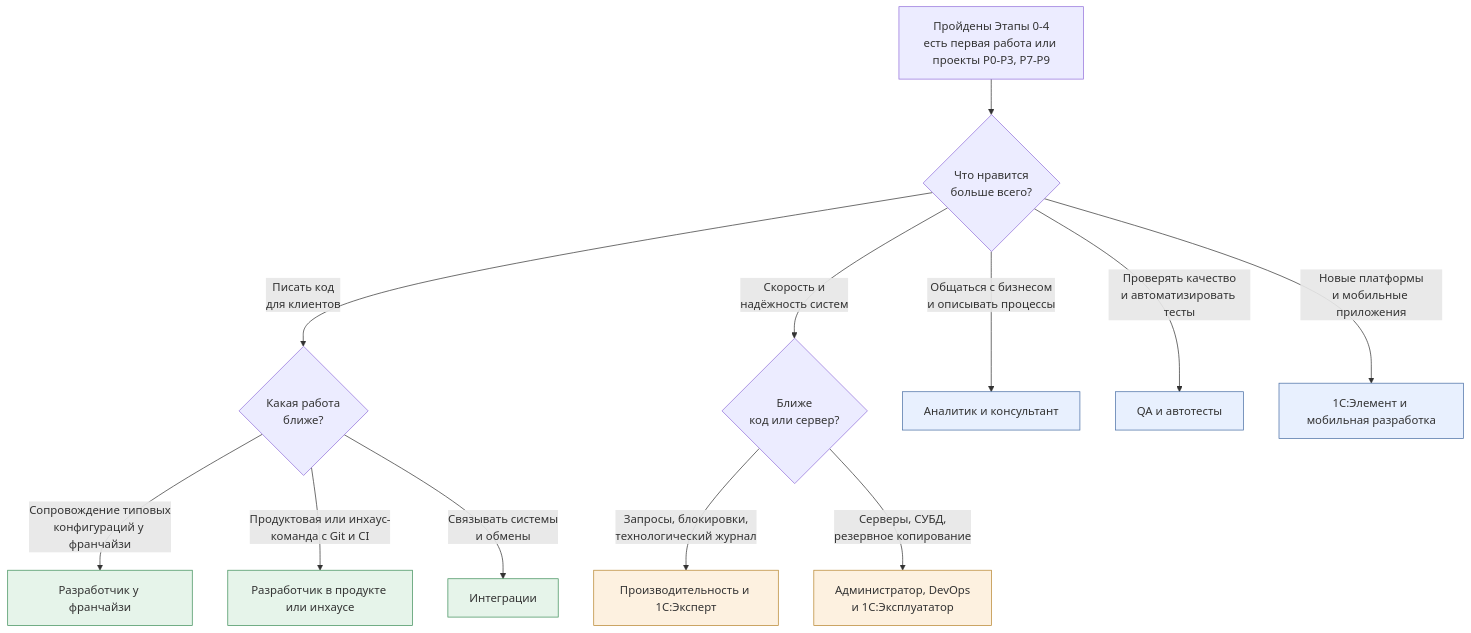
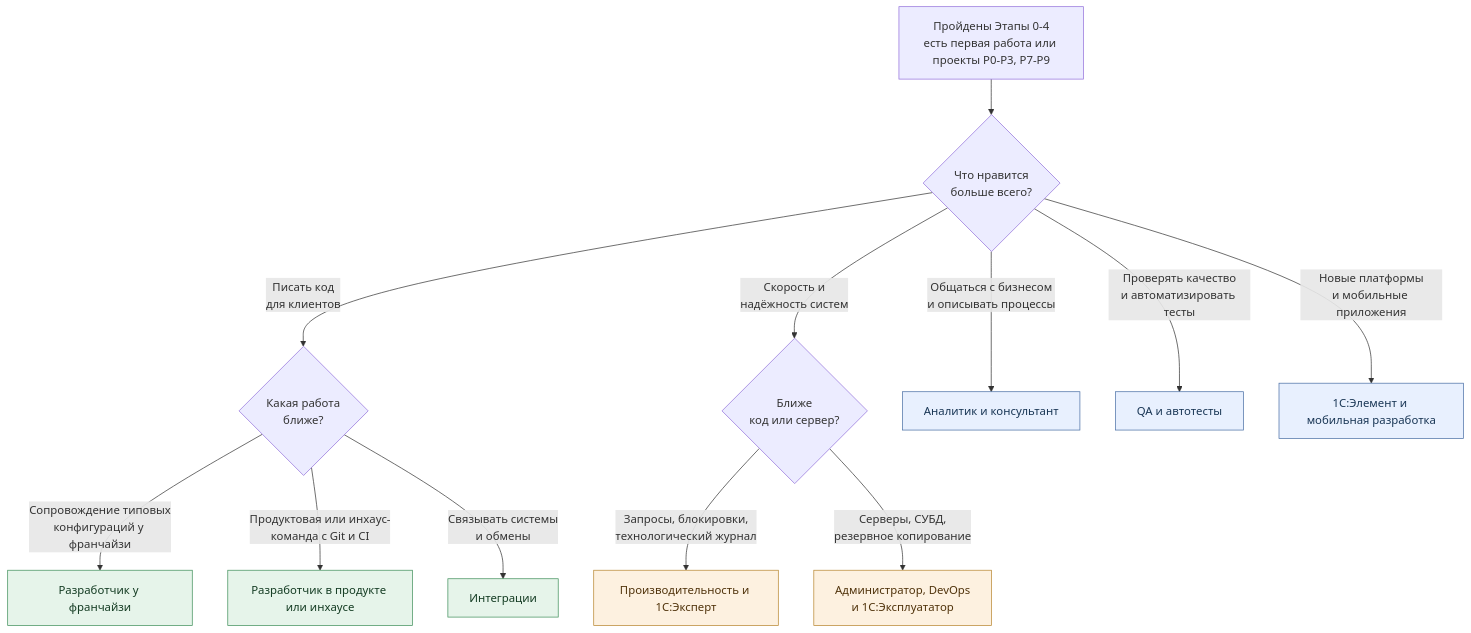
The diagram in tracks/README.md (Kelll31/1C-Roadmap), drawn with Mermaid before and after one commit. The commit also changed 11 other files, not shown here.

Commit message:
feat: add search metadata and expandable Mermaid diagrams

````diff
--- a/tracks/README.md
+++ b/tracks/README.md
@@ -18,22 +18,22 @@
 ```mermaid
 flowchart TD
     A["Пройдены Этапы 0-4<br/>есть первая работа или проекты P0-P3, P7-P9"] --> B{"Что нравится<br/>больше всего?"}
     B -->|"Писать код<br/>для клиентов"| C{"Какая работа<br/>ближе?"}
     B -->|"Скорость и<br/>надёжность систем"| D{"Ближе<br/>код или сервер?"}
     B -->|"Общаться с бизнесом<br/>и описывать процессы"| E["Аналитик и консультант"]
     B -->|"Проверять качество<br/>и автоматизировать тесты"| F["QA и автотесты"]
     B -->|"Новые платформы<br/>и мобильные приложения"| G["1С:Элемент и мобильная разработка"]
     C -->|"Сопровождение типовых<br/>конфигураций у франчайзи"| H["Разработчик у франчайзи"]
     C -->|"Продуктовая или инхаус-<br/>команда с Git и CI"| I["Разработчик в продукте или инхаусе"]
     C -->|"Связывать системы<br/>и обмены"| J["Интеграции"]
     D -->|"Запросы, блокировки,<br/>технологический журнал"| K["Производительность и 1С:Эксперт"]
     D -->|"Серверы, СУБД,<br/>резервное копирование"| L["Администратор, DevOps<br/>и 1С:Эксплуататор"]
-    style E fill:#e8f0fe,stroke:#4a6fa5
-    style F fill:#e8f0fe,stroke:#4a6fa5
-    style G fill:#e8f0fe,stroke:#4a6fa5
-    style H fill:#e6f4ea,stroke:#3f8f5a
-    style I fill:#e6f4ea,stroke:#3f8f5a
-    style J fill:#e6f4ea,stroke:#3f8f5a
-    style K fill:#fdf1e0,stroke:#b8862f
-    style L fill:#fdf1e0,stroke:#b8862f
+    style E fill:#e8f0fe,stroke:#4a6fa5,color:#193655
+    style F fill:#e8f0fe,stroke:#4a6fa5,color:#193655
+    style G fill:#e8f0fe,stroke:#4a6fa5,color:#193655
+    style H fill:#e6f4ea,stroke:#3f8f5a,color:#143c23
+    style I fill:#e6f4ea,stroke:#3f8f5a,color:#143c23
+    style J fill:#e6f4ea,stroke:#3f8f5a,color:#143c23
+    style K fill:#fdf1e0,stroke:#b8862f,color:#50330b
+    style L fill:#fdf1e0,stroke:#b8862f,color:#50330b
 ```
````
